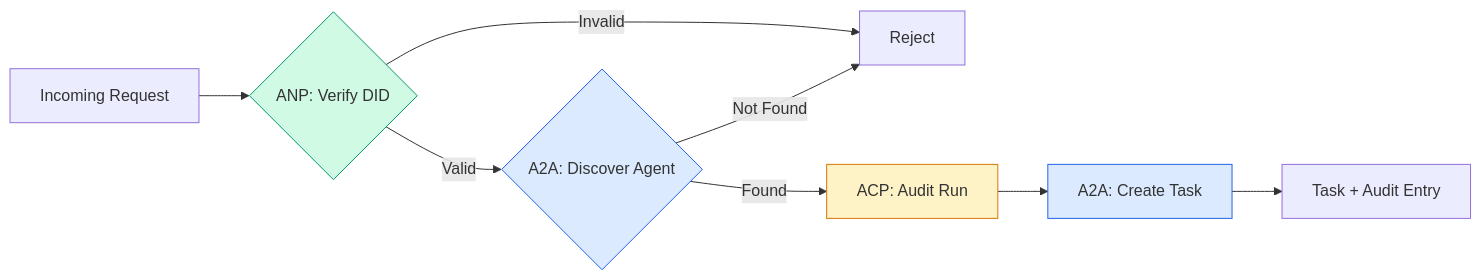
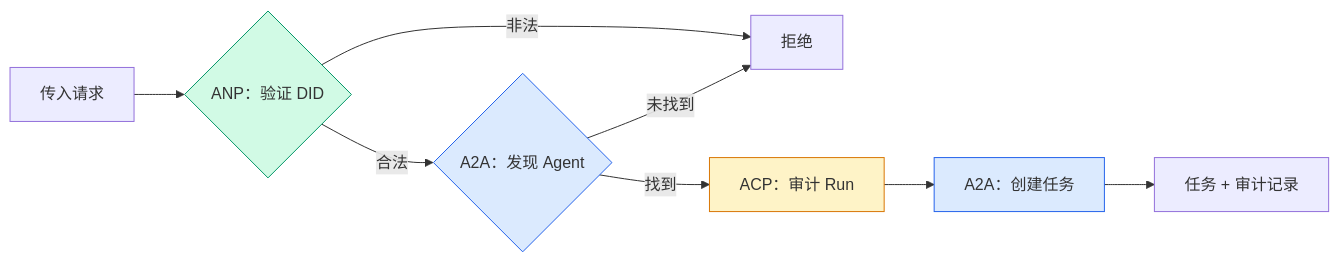
One commit to alessandrodinisio-ai/ai-engineering-learning-framework changed diagram 12 of 13 in phases/16-multi-agent-and-swarms/03-communication-protocols/docs/zh.md. Above: the diagram before and after it, drawn with Mermaid. The commit also changed other lines of this file and 120 other files, not shown here.

First line of the commit message:
i18n(mermaid): 337 个 mermaid 图表标签中文化

````diff
--- a/phases/16-multi-agent-and-swarms/03-communication-protocols/docs/zh.md
+++ b/phases/16-multi-agent-and-swarms/03-communication-protocols/docs/zh.md
@@ -1133,15 +1133,15 @@
 ```mermaid
 graph LR
-    REQ[Incoming Request] --> ANP_V{ANP: Verify DID}
-    ANP_V -->|Valid| A2A_D{A2A: Discover Agent}
-    ANP_V -->|Invalid| REJECT[Reject]
-    A2A_D -->|Found| ACP_A[ACP: Audit Run]
-    A2A_D -->|Not Found| REJECT
-    ACP_A --> A2A_T[A2A: Create Task]
-    A2A_T --> RESULT[Task + Audit Entry]
+    REQ[传入请求] --> ANP_V{ANP：验证 DID}
+    ANP_V -->|合法| A2A_D{A2A：发现 Agent}
+    ANP_V -->|非法| REJECT[拒绝]
+    A2A_D -->|找到| ACP_A[ACP：审计 Run]
+    A2A_D -->|未找到| REJECT
+    ACP_A --> A2A_T[A2A：创建任务]
+    A2A_T --> RESULT[任务 + 审计记录]
 
     style ANP_V fill:#d1fae5,stroke:#059669
     style A2A_D fill:#dbeafe,stroke:#2563eb
     style ACP_A fill:#fef3c7,stroke:#d97706
     style A2A_T fill:#dbeafe,stroke:#2563eb
 ```
````
